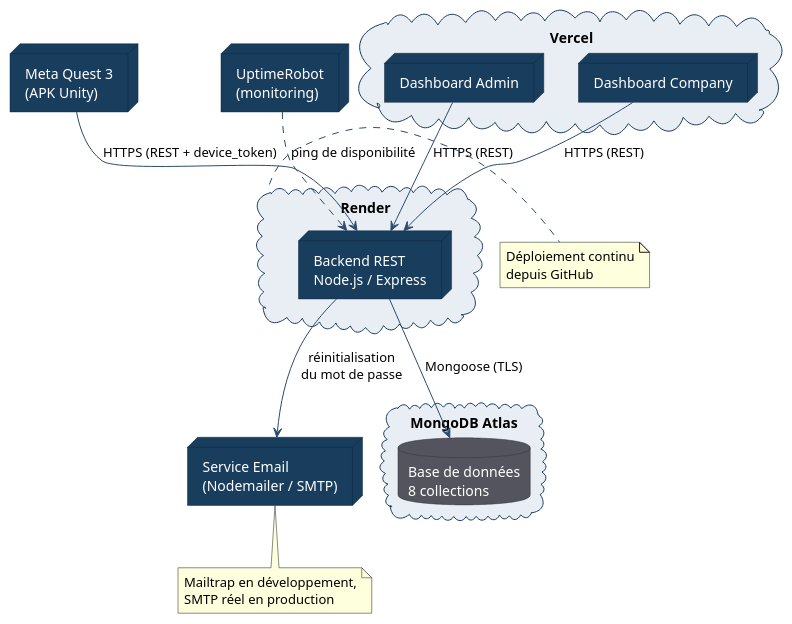
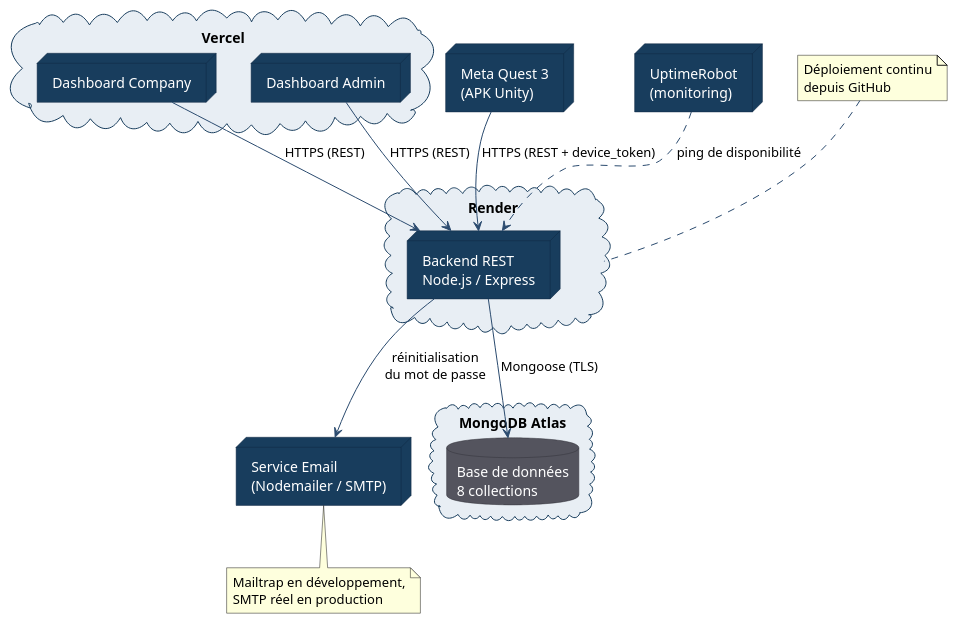
Before and after one commit to sayenjabo/TynassIt_PFE: the diagram in PUML/deploiement.puml, drawn with PlantUML. The commit also changed 47 other files, not shown here.

Commit message:
add the diagrams to the rapport

```diff
--- a/PUML/deploiement.puml
+++ b/PUML/deploiement.puml
@@ -1,49 +1,49 @@
 @startuml Diagramme_de_deploiement
 ' Diagramme de déploiement --- Immersio / Tynass IT
 skinparam shadowing false
 skinparam ArrowColor #2B4B6F
 skinparam defaultFontName Helvetica
 skinparam node {
   BackgroundColor #183D5D
   FontColor #FFFFFF
   BorderColor #0E2740
 }
 skinparam database {
   BackgroundColor #54545E
   FontColor #FFFFFF
   BorderColor #33333A
 }
 skinparam cloud {
   BackgroundColor #E8EEF4
   BorderColor #183D5D
   FontColor #000000
 }
 
 node "Meta Quest 3\n(APK Unity)" as Quest
 
 cloud "Vercel" as Vercel {
   node "Dashboard Admin" as Admin
   node "Dashboard Company" as Company
 }
 
 cloud "Render" as Render {
   node "Backend REST\nNode.js / Express" as API
 }
 
 cloud "MongoDB Atlas" as Atlas {
   database "Base de données\n8 collections" as DB
 }
 
 node "Service Email\n(Nodemailer / SMTP)" as Mail
 node "UptimeRobot\n(monitoring)" as Uptime
 
 Admin   --> API : HTTPS (REST)
-Company --> API : HTTPS (REST)
+Company -> API : HTTPS (REST)
 Quest   --> API : HTTPS (REST + device_token)
 API     --> DB  : Mongoose (TLS)
 API     --> Mail : réinitialisation\ndu mot de passe
 Uptime  ..> API : ping de disponibilité
 
-note right of Render : Déploiement continu\ndepuis GitHub
+note top of Render : Déploiement continu\ndepuis GitHub
 note bottom of Mail : Mailtrap en développement,\nSMTP réel en production
 @enduml
```
